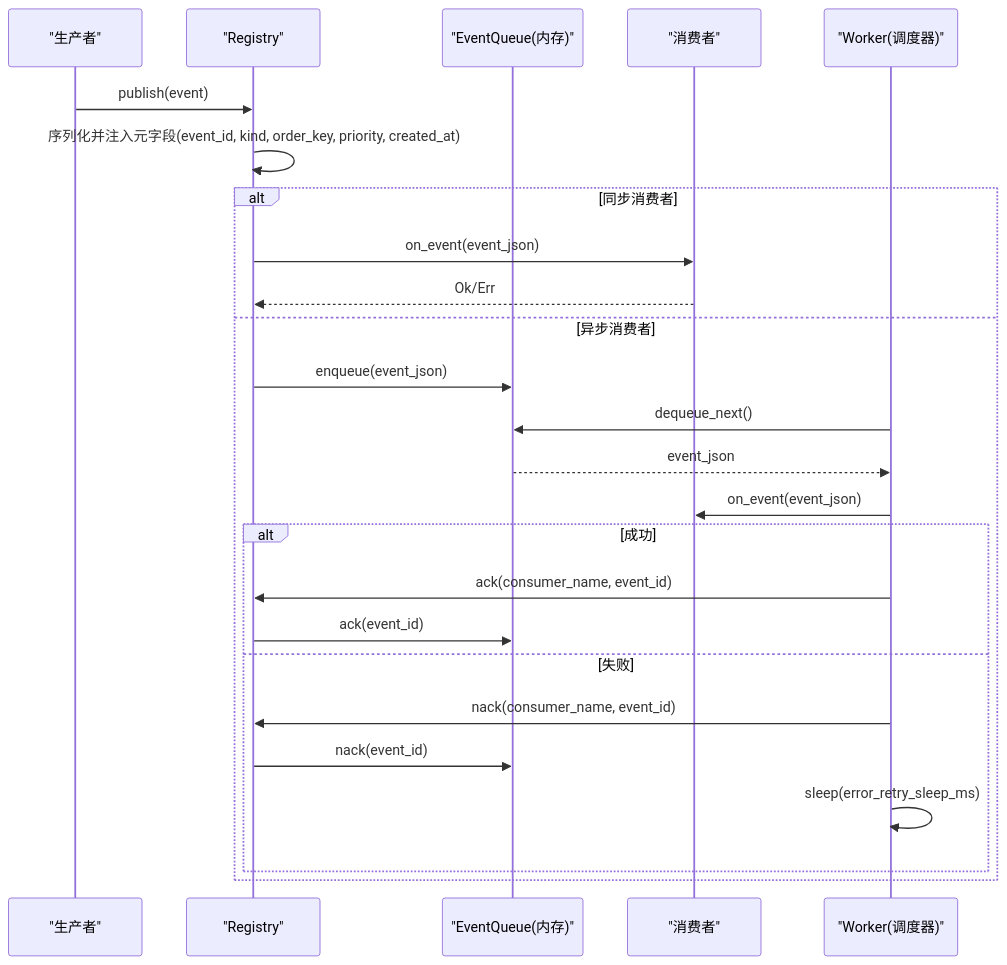
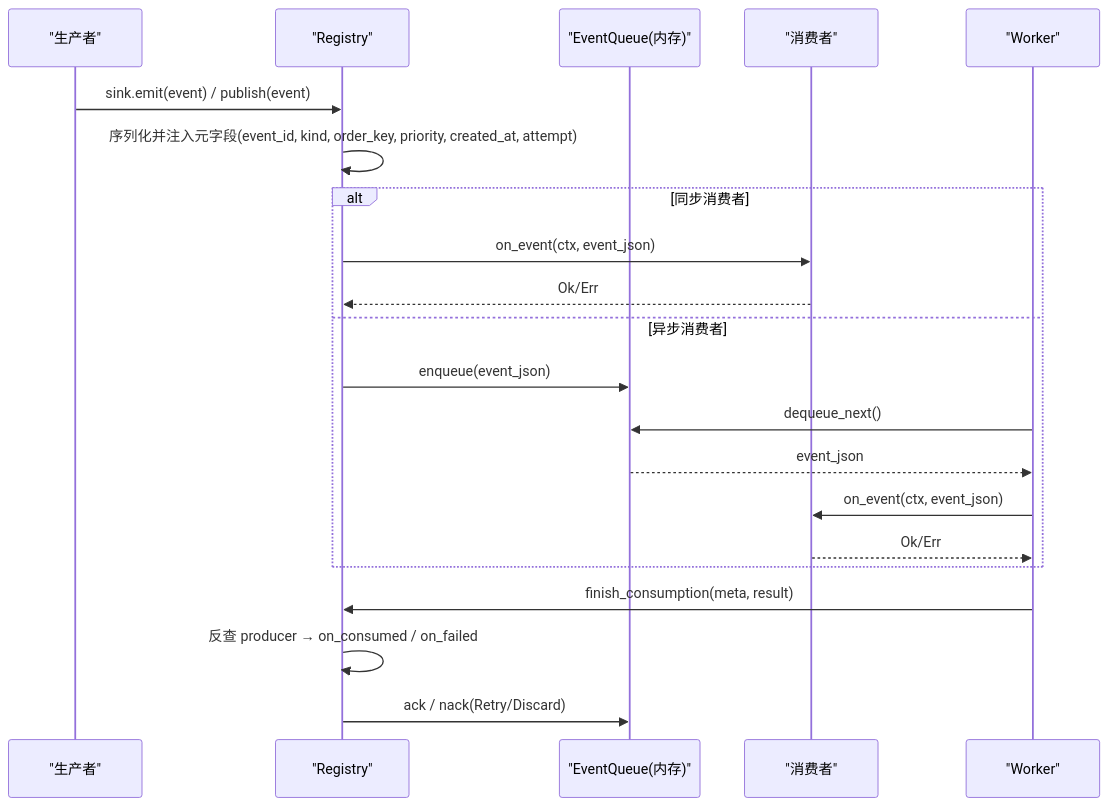
The second of 8 diagrams in docs/wiki/zh/content/核心模块/AOP 事件系统/事件队列系统/事件队列系统.md (runningcoders/ai_orz), drawn with Mermaid before and after one commit. The commit also changed other lines of this file and 37 other files, not shown here.

````diff
--- a/docs/wiki/zh/content/核心模块/AOP 事件系统/事件队列系统/事件队列系统.md
+++ b/docs/wiki/zh/content/核心模块/AOP 事件系统/事件队列系统/事件队列系统.md
@@ -83,27 +92,23 @@
 ```mermaid
 sequenceDiagram
 participant P as "生产者"
 participant R as "Registry"
 participant Q as "EventQueue(内存)"
 participant C as "消费者"
-participant W as "Worker(调度器)"
-P->>R : publish(event)
-R->>R : 序列化并注入元字段(event_id, kind, order_key, priority, created_at)
+participant W as "Worker"
+P->>R : sink.emit(event) / publish(event)
+R->>R : 序列化并注入元字段(event_id, kind, order_key, priority, created_at, attempt)
 alt 同步消费者
-R->>C : on_event(event_json)
+R->>C : on_event(ctx, event_json)
 C-->>R : Ok/Err
 else 异步消费者
 R->>Q : enqueue(event_json)
 W->>Q : dequeue_next()
 Q-->>W : event_json
-W->>C : on_event(event_json)
-alt 成功
-W->>R : ack(consumer_name, event_id)
-R->>Q : ack(event_id)
-else 失败
-W->>R : nack(consumer_name, event_id)
-R->>Q : nack(event_id)
-W->>W : sleep(error_retry_sleep_ms)
+W->>C : on_event(ctx, event_json)
+C-->>W : Ok/Err
 end
-end
+W->>R : finish_consumption(meta, result)
+R->>R : 反查 producer → on_consumed / on_failed
+R->>Q : ack / nack(Retry/Discard)
 ```
````
